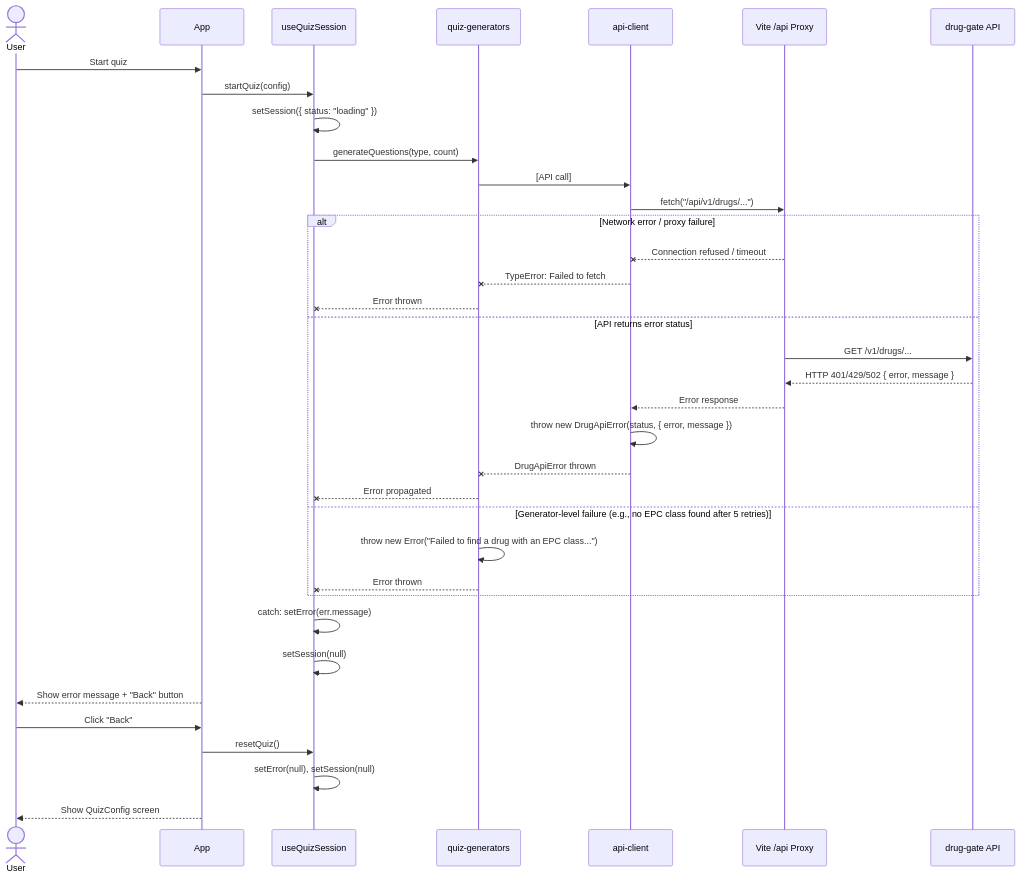
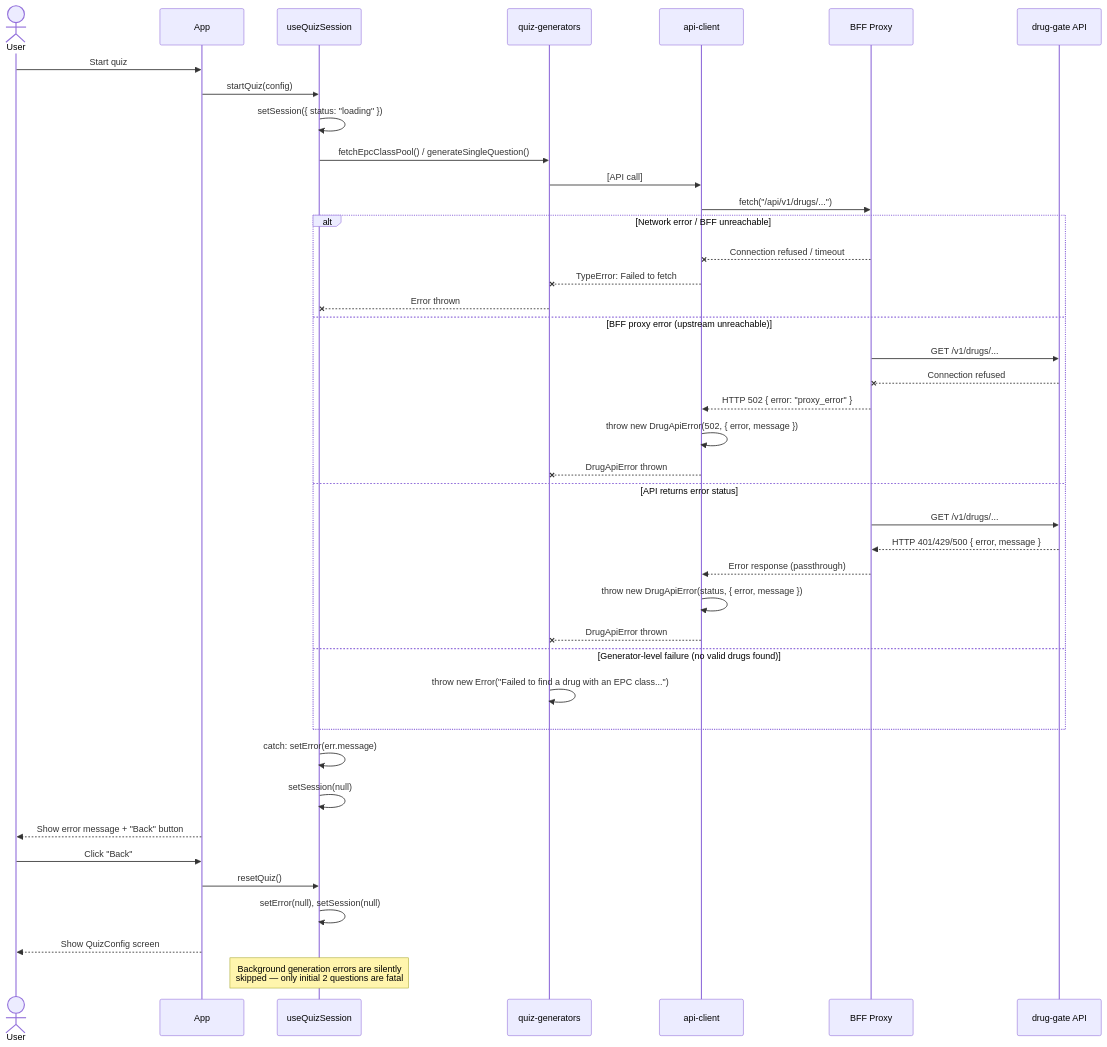
One commit to finish06/drugs-quiz changed diagram 12 of 13 in docs/sequence-diagram.md. Above: the diagram before and after it, drawn with Mermaid. The commit also changed other lines of this file and 1 other file, not shown here.

First line of the commit message:
docs: update CLAUDE.md and sequence diagrams for M3/M4

````diff
--- a/docs/sequence-diagram.md
+++ b/docs/sequence-diagram.md
@@ -199,43 +388,49 @@
 ```mermaid
 sequenceDiagram
     actor User
     participant App
     participant Hook as useQuizSession
     participant Gen as quiz-generators
     participant API as api-client
-    participant Proxy as Vite /api Proxy
+    participant BFF as BFF Proxy
     participant DrugGate as drug-gate API
 
     User->>App: Start quiz
     App->>Hook: startQuiz(config)
     Hook->>Hook: setSession({ status: "loading" })
-    Hook->>Gen: generateQuestions(type, count)
+    Hook->>Gen: fetchEpcClassPool() / generateSingleQuestion()
 
     Gen->>API: [API call]
-    API->>Proxy: fetch("/api/v1/drugs/...")
+    API->>BFF: fetch("/api/v1/drugs/...")
 
-    alt Network error / proxy failure
-        Proxy--xAPI: Connection refused / timeout
+    alt Network error / BFF unreachable
+        BFF--xAPI: Connection refused / timeout
         API--xGen: TypeError: Failed to fetch
         Gen--xHook: Error thrown
+    else BFF proxy error (upstream unreachable)
+        BFF->>DrugGate: GET /v1/drugs/...
+        DrugGate--xBFF: Connection refused
+        BFF-->>API: HTTP 502 { error: "proxy_error" }
+        API->>API: throw new DrugApiError(502, { error, message })
+        API--xGen: DrugApiError thrown
     else API returns error status
-        Proxy->>DrugGate: GET /v1/drugs/...
-        DrugGate-->>Proxy: HTTP 401/429/502 { error, message }
-        Proxy-->>API: Error response
+        BFF->>DrugGate: GET /v1/drugs/...
+        DrugGate-->>BFF: HTTP 401/429/500 { error, message }
+        BFF-->>API: Error response (passthrough)
         API->>API: throw new DrugApiError(status, { error, message })
         API--xGen: DrugApiError thrown
-        Gen--xHook: Error propagated
-    else Generator-level failure (e.g., no EPC class found after 5 retries)
+    else Generator-level failure (no valid drugs found)
         Gen->>Gen: throw new Error("Failed to find a drug with an EPC class...")
-        Gen--xHook: Error thrown
     end
 
     Hook->>Hook: catch: setError(err.message)
     Hook->>Hook: setSession(null)
     App-->>User: Show error message + "Back" button
 
     User->>App: Click "Back"
     App->>Hook: resetQuiz()
     Hook->>Hook: setError(null), setSession(null)
     App-->>User: Show QuizConfig screen
+
+    Note over Hook: Background generation errors are silently<br/>skipped — only initial 2 questions are fatal
 ```
````
